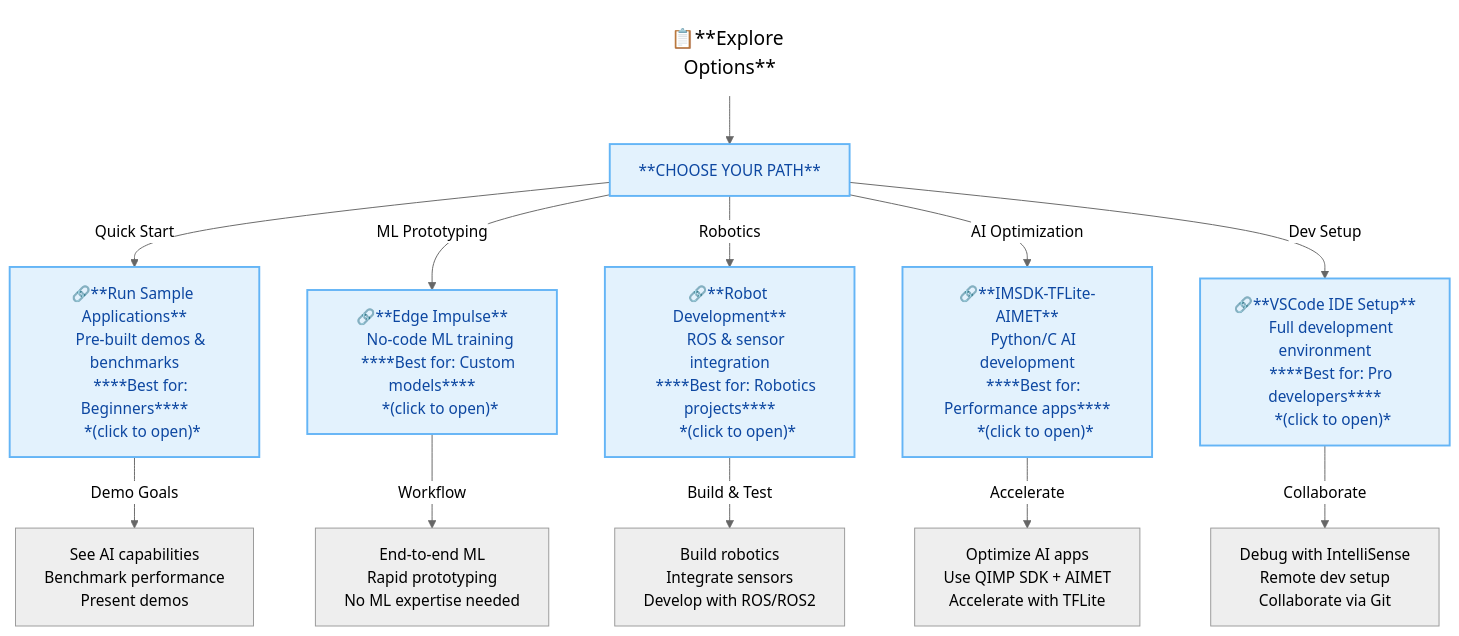
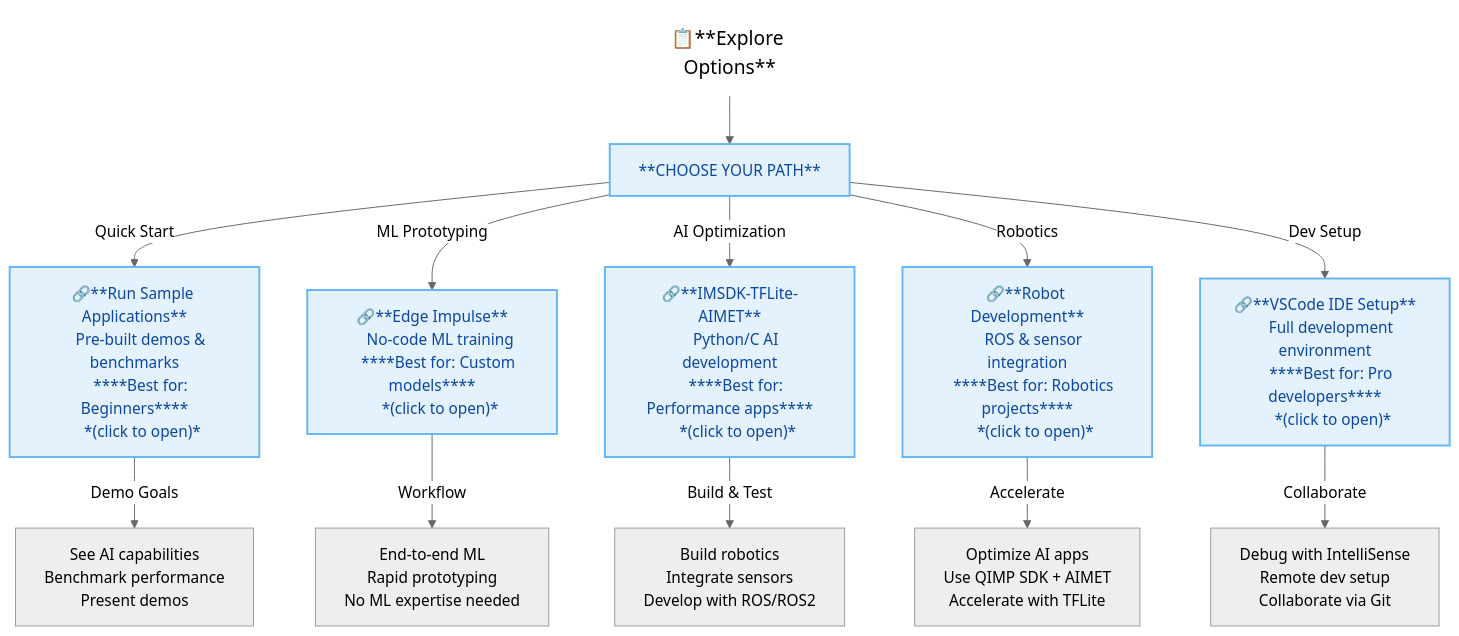
Before and after one commit to hongyang-rp/rubikpi-ubuntu-user-manual-test-en.github.io: the diagram in docs/Document Home/2.AI-workflows/index.md, drawn with Mermaid. The commit also changed other lines of this file and 2 other files, not shown here.

Commit message:
Updated run sample apps.md file

````diff
--- a/docs/Document Home/2.AI-workflows/index.md
+++ b/docs/Document Home/2.AI-workflows/index.md
@@ -12,66 +12,67 @@
 ```mermaid
 ---
 config:
   look: classic
   theme: neutral
 ---
 graph TD
     Title[📋**Explore Options**]:::titleStyle
     Title --> B["**CHOOSE YOUR PATH**"]:::rectStyle
     B -->|Quick Start| C["🔗**Run Sample Applications**
     Pre-built demos & benchmarks
     ****Best for: Beginners****
     *(click to open)*"]:::rectStyle
 
     B -->|ML Prototyping| D["🔗**Edge Impulse**
     No-code ML training
     ****Best for: Custom models****
     *(click to open)*"]:::rectStyle
 
-    B -->|Robotics| E["🔗**Robot Development**
+    B -->|AI Optimization| E["🔗**IMSDK-TFLite-AIMET**
+    Python/C AI development
+    ****Best for: Performance apps****
+    *(click to open)*"]:::rectStyle
+
+    B -->|Robotics| F["🔗**Robot Development**
     ROS & sensor integration
     ****Best for: Robotics projects****
-    *(click to open)*"]:::rectStyle
-
-    B -->|AI Optimization| F["🔗**IMSDK-TFLite-AIMET**
-    Python/C AI development
-    ****Best for: Performance apps****
     *(click to open)*"]:::rectStyle
 
     B -->|Dev Setup| G["🔗**VSCode IDE Setup**
     Full development environment
     ****Best for: Pro developers****
     *(click to open)*"]:::rectStyle
 
     C -->|Demo Goals| C1["See AI capabilities
     Benchmark performance
     Present demos"]
 
     D -->|Workflow| D1["End-to-end ML
     Rapid prototyping
     No ML expertise needed"]
 
-    E -->|Build & Test| E1["Build robotics
+    F -->|Accelerate| E1["Optimize AI apps
+    Use QIMP SDK + AIMET
+    Accelerate with TFLite"]
+
+    E -->|Build & Test| F1["Build robotics
     Integrate sensors
     Develop with ROS/ROS2"]
-
-    F -->|Accelerate| F1["Optimize AI apps
-    Use QIMP SDK + AIMET
-    Accelerate with TFLite"]
 
     G -->|Collaborate| G1["Debug with IntelliSense
     Remote dev setup
     Collaborate via Git"]
     
     classDef titleStyle fill:transparent,stroke:transparent,font-size:20px
     classDef rectStyle fill:#e3f2fd,stroke:#64b5f6,stroke-width:2px,color:#0d47a1
     class Title titleStyle
     class C,D,E,F,G pathNodes
     class C1,D1,E1,F1,G1 detailNodes
 
-    click C "./litert-opencv-workflow" "_self";
+    click C "./Run-sample-applications" "_self";
     click D "./Edge-Impulse" "_self";
-    click E "./Robot-development" "_self";
-    click F "./Run-sample-applications" "_self";
+    click E "./modify-IMSDK-sample-applications" "_self";
+    click F "./Robot-development" "_self";
+ 
     click G "https://docs.qualcomm.com/bundle/publicresource/topics/80-79972-1/getting_started.html" "_self";
 ```
````
